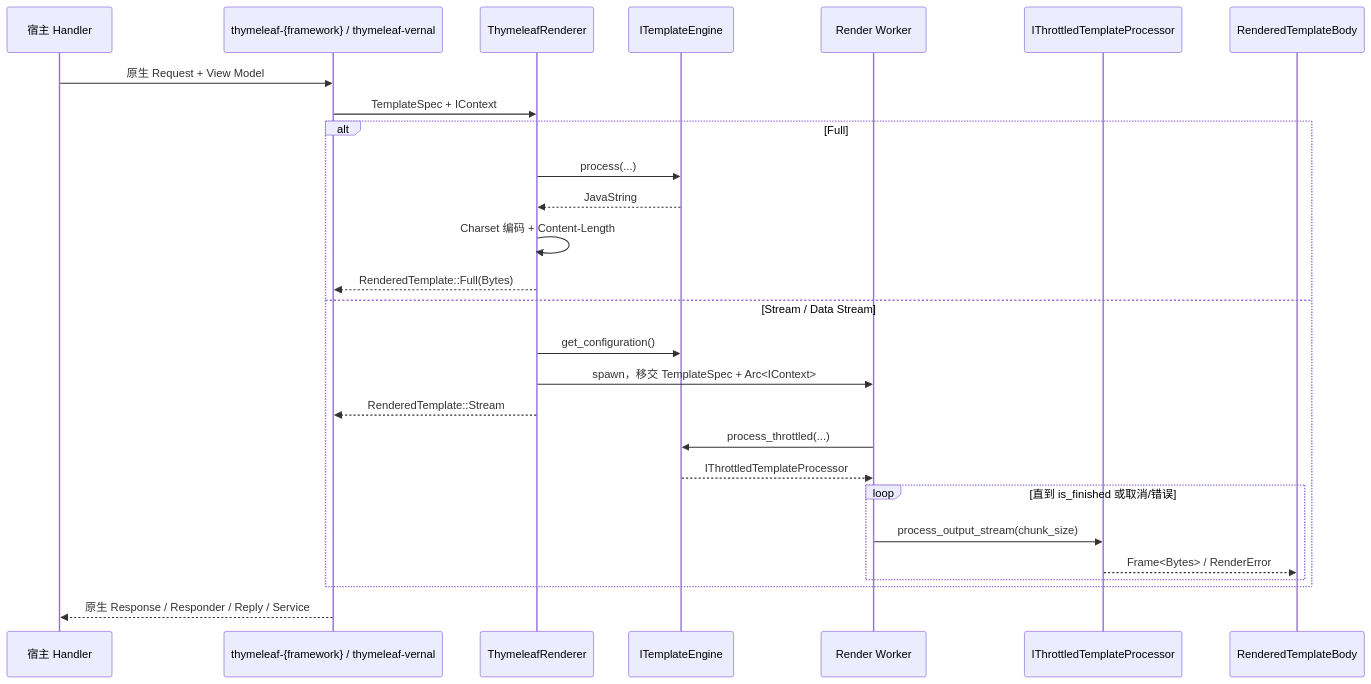
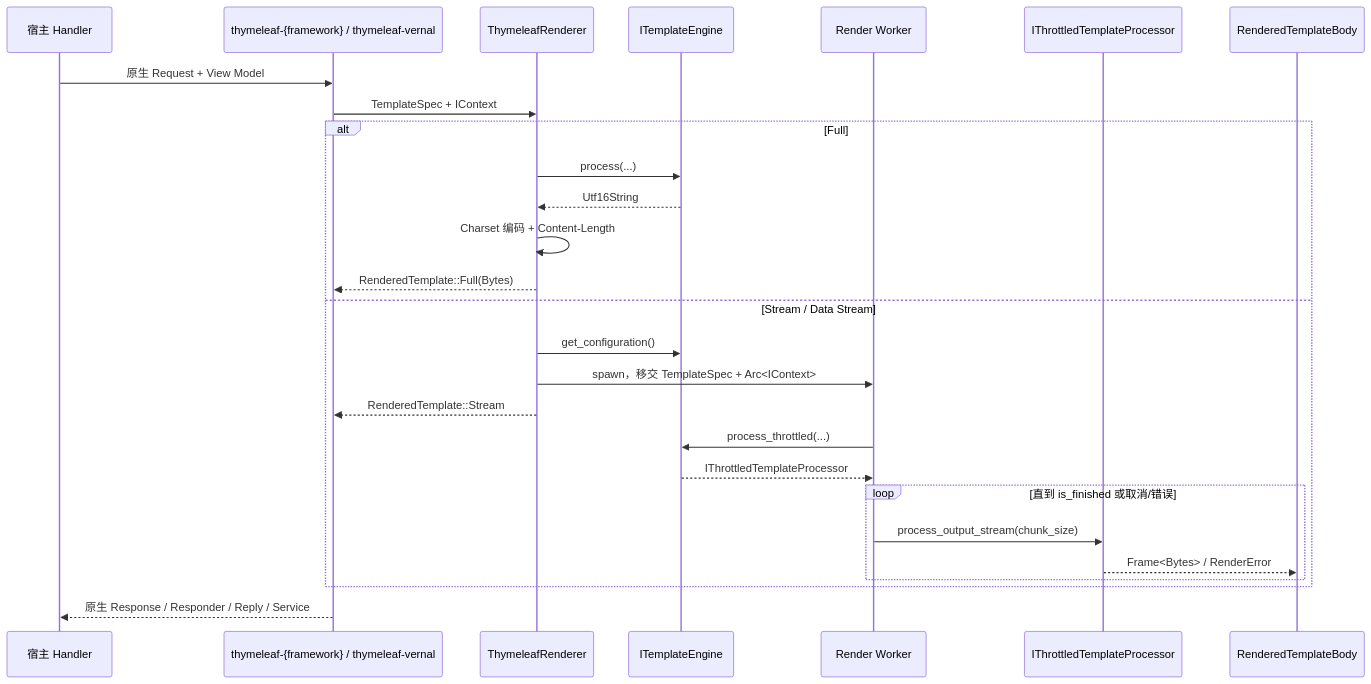
The seventh of 13 diagrams in docs/Thymeleaf-Rust-可行性与架构设计.md (easy-4-rust/thymeleaf-rust), drawn with Mermaid before and after one commit. The commit also changed other lines of this file and 3 other files, not shown here.

````diff
--- a/docs/Thymeleaf-Rust-可行性与架构设计.md
+++ b/docs/Thymeleaf-Rust-可行性与架构设计.md
@@ -561,30 +561,30 @@
 ```mermaid
 sequenceDiagram
     participant Host as 宿主 Handler
     participant Adapter as thymeleaf-{framework} / thymeleaf-vernal
     participant Renderer as ThymeleafRenderer
     participant Engine as ITemplateEngine
     participant Worker as Render Worker
     participant Processor as IThrottledTemplateProcessor
     participant Body as RenderedTemplateBody
 
     Host->>Adapter: 原生 Request + View Model
     Adapter->>Renderer: TemplateSpec + IContext
     alt Full
         Renderer->>Engine: process(...)
-        Engine-->>Renderer: JavaString
+        Engine-->>Renderer: Utf16String
         Renderer->>Renderer: Charset 编码 + Content-Length
         Renderer-->>Adapter: RenderedTemplate::Full(Bytes)
     else Stream / Data Stream
         Renderer->>Engine: get_configuration()
         Renderer->>Worker: spawn，移交 TemplateSpec + Arc<IContext>
         Renderer-->>Adapter: RenderedTemplate::Stream
         Worker->>Engine: process_throttled(...)
         Engine-->>Worker: IThrottledTemplateProcessor
         loop 直到 is_finished 或取消/错误
             Worker->>Processor: process_output_stream(chunk_size)
             Processor-->>Body: Frame<Bytes> / RenderError
         end
     end
     Adapter-->>Host: 原生 Response / Responder / Reply / Service
 ```
````
